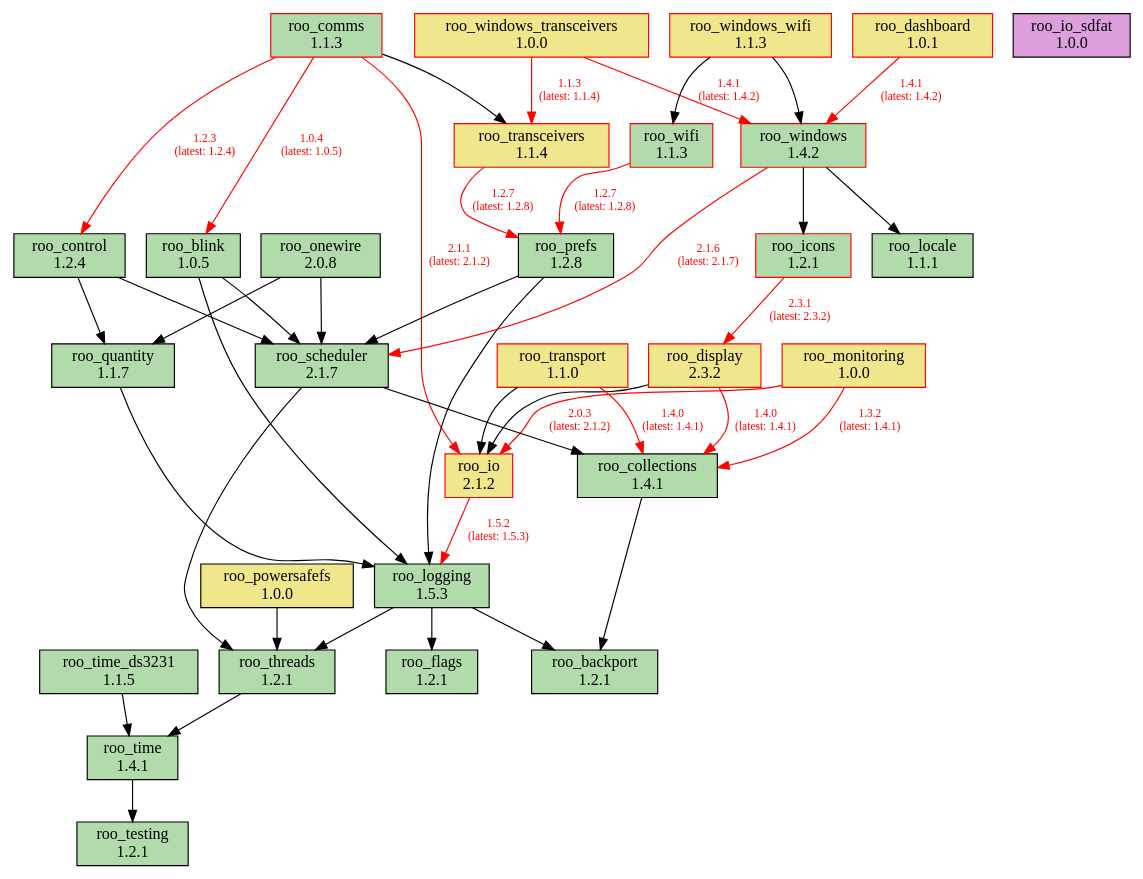
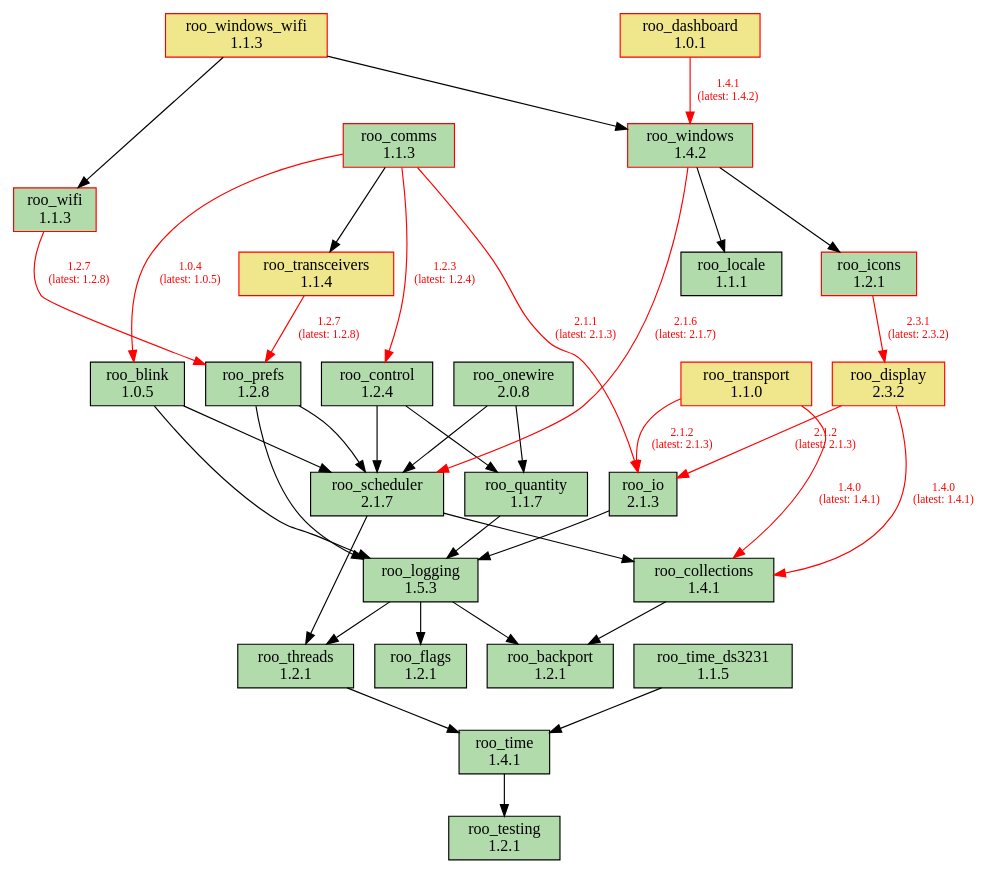
The diagram in doc/dependencies.dot (dejwk/roo-registry), drawn with Graphviz before and after one commit. The commit also changed 3 other files, not shown here.

```diff
--- a/doc/dependencies.dot
+++ b/doc/dependencies.dot
@@ -1,79 +1,70 @@
 digraph dependencies {
     rankdir=TB;
     node [shape=box, style=filled];
     edge [fontsize=10];
 
     // Modules
     "roo_backport" [label="roo_backport\n1.2.1", fillcolor="#b1dbab", color="black"];
     "roo_blink" [label="roo_blink\n1.0.5", fillcolor="#b1dbab", color="black"];
     "roo_collections" [label="roo_collections\n1.4.1", fillcolor="#b1dbab", color="black"];
     "roo_comms" [label="roo_comms\n1.1.3", fillcolor="#b1dbab", color="red"];
     "roo_control" [label="roo_control\n1.2.4", fillcolor="#b1dbab", color="black"];
     "roo_dashboard" [label="roo_dashboard\n1.0.1", fillcolor="khaki", color="red"];
     "roo_display" [label="roo_display\n2.3.2", fillcolor="khaki", color="red"];
     "roo_flags" [label="roo_flags\n1.2.1", fillcolor="#b1dbab", color="black"];
     "roo_icons" [label="roo_icons\n1.2.1", fillcolor="#b1dbab", color="red"];
-    "roo_io" [label="roo_io\n2.1.2", fillcolor="khaki", color="red"];
-    "roo_io_sdfat" [label="roo_io_sdfat\n1.0.0", fillcolor="plum", color="black"];
+    "roo_io" [label="roo_io\n2.1.3", fillcolor="#b1dbab", color="black"];
     "roo_locale" [label="roo_locale\n1.1.1", fillcolor="#b1dbab", color="black"];
     "roo_logging" [label="roo_logging\n1.5.3", fillcolor="#b1dbab", color="black"];
-    "roo_monitoring" [label="roo_monitoring\n1.0.0", fillcolor="khaki", color="red"];
     "roo_onewire" [label="roo_onewire\n2.0.8", fillcolor="#b1dbab", color="black"];
-    "roo_powersafefs" [label="roo_powersafefs\n1.0.0", fillcolor="khaki", color="black"];
     "roo_prefs" [label="roo_prefs\n1.2.8", fillcolor="#b1dbab", color="black"];
     "roo_quantity" [label="roo_quantity\n1.1.7", fillcolor="#b1dbab", color="black"];
     "roo_scheduler" [label="roo_scheduler\n2.1.7", fillcolor="#b1dbab", color="black"];
     "roo_testing" [label="roo_testing\n1.2.1", fillcolor="#b1dbab", color="black"];
     "roo_threads" [label="roo_threads\n1.2.1", fillcolor="#b1dbab", color="black"];
     "roo_time" [label="roo_time\n1.4.1", fillcolor="#b1dbab", color="black"];
     "roo_time_ds3231" [label="roo_time_ds3231\n1.1.5", fillcolor="#b1dbab", color="black"];
     "roo_transceivers" [label="roo_transceivers\n1.1.4", fillcolor="khaki", color="red"];
     "roo_transport" [label="roo_transport\n1.1.0", fillcolor="khaki", color="red"];
     "roo_wifi" [label="roo_wifi\n1.1.3", fillcolor="#b1dbab", color="red"];
     "roo_windows" [label="roo_windows\n1.4.2", fillcolor="#b1dbab", color="red"];
-    "roo_windows_transceivers" [label="roo_windows_transceivers\n1.0.0", fillcolor="khaki", color="red"];
     "roo_windows_wifi" [label="roo_windows_wifi\n1.1.3", fillcolor="khaki", color="red"];
 
     // Dependencies
     "roo_blink" -> "roo_logging";
     "roo_blink" -> "roo_scheduler";
     "roo_collections" -> "roo_backport";
     "roo_comms" -> "roo_blink" [color=red, fontcolor=red, label="1.0.4\n(latest: 1.0.5)"];
     "roo_comms" -> "roo_control" [color=red, fontcolor=red, label="1.2.3\n(latest: 1.2.4)"];
-    "roo_comms" -> "roo_io" [color=red, fontcolor=red, label="2.1.1\n(latest: 2.1.2)"];
+    "roo_comms" -> "roo_io" [color=red, fontcolor=red, label="2.1.1\n(latest: 2.1.3)"];
     "roo_comms" -> "roo_transceivers";
     "roo_control" -> "roo_quantity";
     "roo_control" -> "roo_scheduler";
     "roo_dashboard" -> "roo_windows" [color=red, fontcolor=red, label="1.4.1\n(latest: 1.4.2)"];
     "roo_display" -> "roo_collections" [color=red, fontcolor=red, label="1.4.0\n(latest: 1.4.1)"];
-    "roo_display" -> "roo_io";
+    "roo_display" -> "roo_io" [color=red, fontcolor=red, label="2.1.2\n(latest: 2.1.3)"];
     "roo_icons" -> "roo_display" [color=red, fontcolor=red, label="2.3.1\n(latest: 2.3.2)"];
-    "roo_io" -> "roo_logging" [color=red, fontcolor=red, label="1.5.2\n(latest: 1.5.3)"];
+    "roo_io" -> "roo_logging";
     "roo_logging" -> "roo_backport";
     "roo_logging" -> "roo_flags";
     "roo_logging" -> "roo_threads";
-    "roo_monitoring" -> "roo_collections" [color=red, fontcolor=red, label="1.3.2\n(latest: 1.4.1)"];
-    "roo_monitoring" -> "roo_io" [color=red, fontcolor=red, label="2.0.3\n(latest: 2.1.2)"];
     "roo_onewire" -> "roo_scheduler";
     "roo_onewire" -> "roo_quantity";
-    "roo_powersafefs" -> "roo_threads";
     "roo_prefs" -> "roo_logging";
     "roo_prefs" -> "roo_scheduler";
     "roo_quantity" -> "roo_logging";
     "roo_scheduler" -> "roo_collections";
     "roo_scheduler" -> "roo_threads";
     "roo_threads" -> "roo_time";
     "roo_time" -> "roo_testing";
     "roo_time_ds3231" -> "roo_time";
     "roo_transceivers" -> "roo_prefs" [color=red, fontcolor=red, label="1.2.7\n(latest: 1.2.8)"];
     "roo_transport" -> "roo_collections" [color=red, fontcolor=red, label="1.4.0\n(latest: 1.4.1)"];
-    "roo_transport" -> "roo_io";
+    "roo_transport" -> "roo_io" [color=red, fontcolor=red, label="2.1.2\n(latest: 2.1.3)"];
     "roo_wifi" -> "roo_prefs" [color=red, fontcolor=red, label="1.2.7\n(latest: 1.2.8)"];
     "roo_windows" -> "roo_locale";
     "roo_windows" -> "roo_icons";
     "roo_windows" -> "roo_scheduler" [color=red, fontcolor=red, label="2.1.6\n(latest: 2.1.7)"];
-    "roo_windows_transceivers" -> "roo_transceivers" [color=red, fontcolor=red, label="1.1.3\n(latest: 1.1.4)"];
-    "roo_windows_transceivers" -> "roo_windows" [color=red, fontcolor=red, label="1.4.1\n(latest: 1.4.2)"];
     "roo_windows_wifi" -> "roo_wifi";
     "roo_windows_wifi" -> "roo_windows";
 }
```
